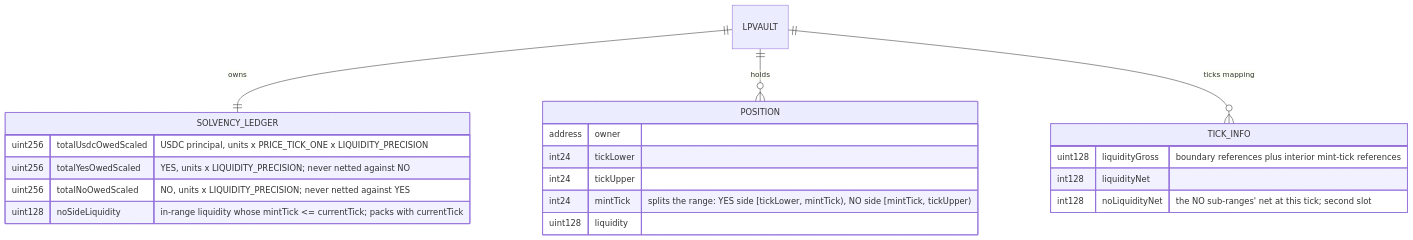
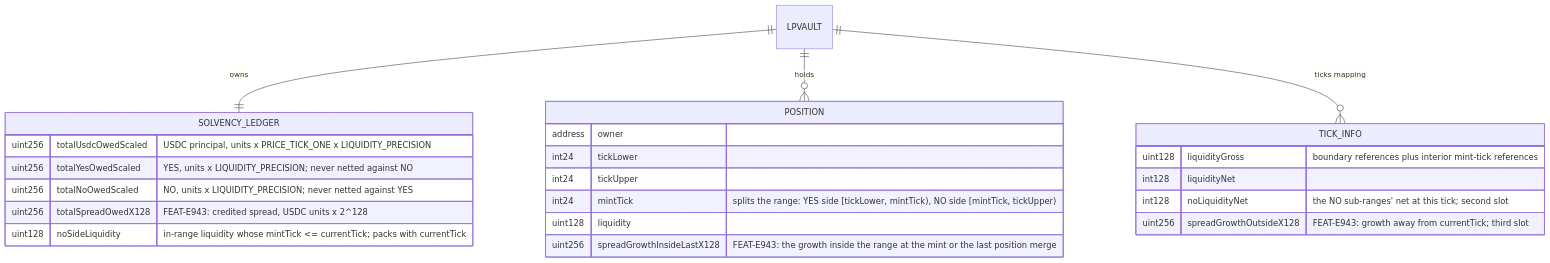
Before and after one commit to ProphetMarket/lp-vaults: the third of 4 diagrams in specs/features/contracts/FEAT-9BQZ-vault-solvency-ledger/ARCHITECTURE.md, drawn with Mermaid. The commit also changed other lines of this file and 45 other files, not shown here.

First line of the commit message:
spec (vault): Specify the spread attribution per tick (R18)

````diff
--- a/specs/features/contracts/FEAT-9BQZ-vault-solvency-ledger/ARCHITECTURE.md
+++ b/specs/features/contracts/FEAT-9BQZ-vault-solvency-ledger/ARCHITECTURE.md
@@ -57,25 +57,28 @@
 ```mermaid
 erDiagram
     LPVAULT ||--|| SOLVENCY_LEDGER : "owns"
     LPVAULT ||--o{ POSITION : "holds"
     LPVAULT ||--o{ TICK_INFO : "ticks mapping"
 
     SOLVENCY_LEDGER {
         uint256 totalUsdcOwedScaled "USDC principal, units x PRICE_TICK_ONE x LIQUIDITY_PRECISION"
         uint256 totalYesOwedScaled "YES, units x LIQUIDITY_PRECISION; never netted against NO"
         uint256 totalNoOwedScaled "NO, units x LIQUIDITY_PRECISION; never netted against YES"
+        uint256 totalSpreadOwedX128 "FEAT-E943: credited spread, USDC units x 2^128"
         uint128 noSideLiquidity "in-range liquidity whose mintTick <= currentTick; packs with currentTick"
     }
     POSITION {
         address owner
         int24 tickLower
         int24 tickUpper
         int24 mintTick "splits the range: YES side [tickLower, mintTick), NO side [mintTick, tickUpper)"
         uint128 liquidity
+        uint256 spreadGrowthInsideLastX128 "FEAT-E943: the growth inside the range at the mint or the last position merge"
     }
     TICK_INFO {
         uint128 liquidityGross "boundary references plus interior mint-tick references"
         int128 liquidityNet
         int128 noLiquidityNet "the NO sub-ranges' net at this tick; second slot"
+        uint256 spreadGrowthOutsideX128 "FEAT-E943: growth away from currentTick; third slot"
     }
 ```
````
